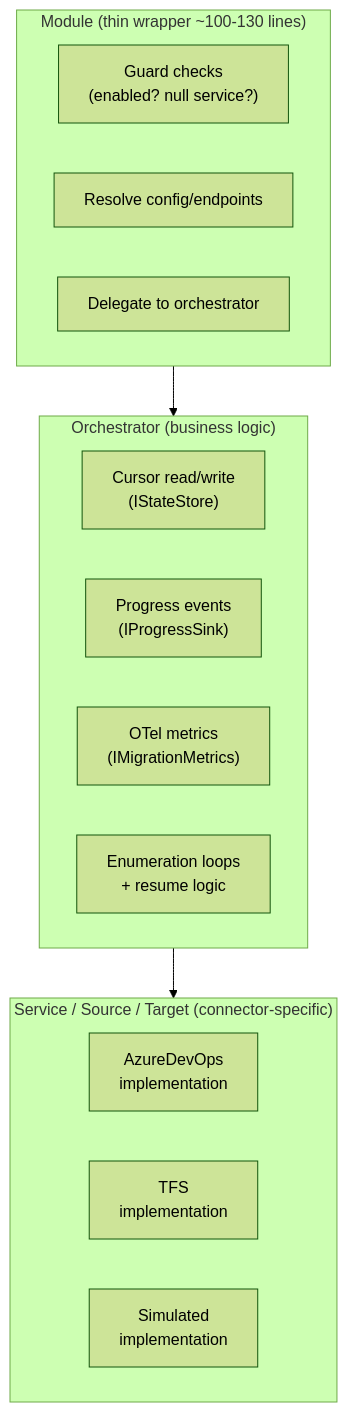
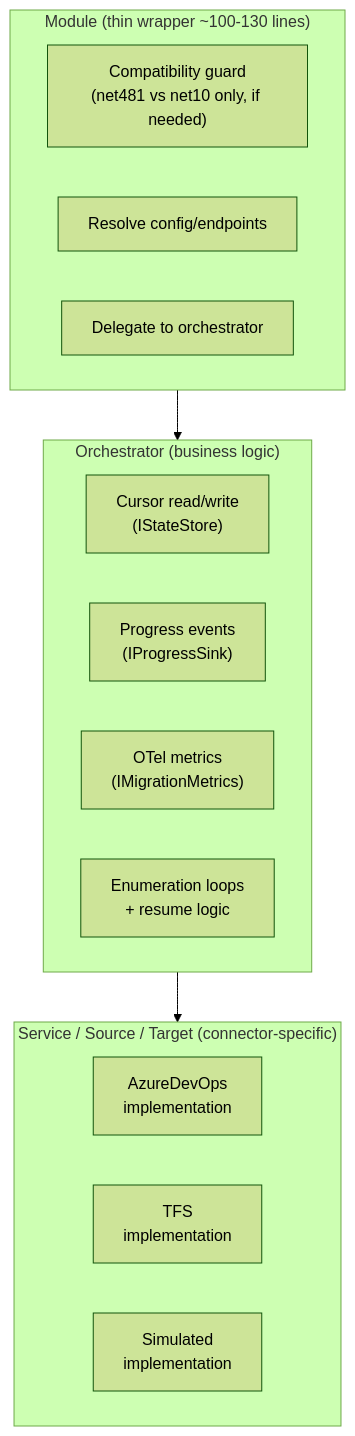
One commit to nkdAgility/azure-devops-migration-platform changed the second of 2 diagrams in docs/module-development-guide.md. Above: the diagram before and after it, drawn with Mermaid (forest theme). The commit also changed other lines of this file and 17 other files, not shown here.

````diff
--- a/docs/module-development-guide.md
+++ b/docs/module-development-guide.md
@@ -88,22 +88,22 @@
 ```mermaid
 flowchart TD
     subgraph Module["Module (thin wrapper ~100-130 lines)"]
-        MGuard["Guard checks\n(enabled? null service?)"]
+    MCompat["Compatibility guard\n(net481 vs net10 only, if needed)"]
         MConfig["Resolve config/endpoints"]
         MDelegate["Delegate to orchestrator"]
     end
     subgraph Orchestrator["Orchestrator (business logic)"]
         OCheckpoint["Cursor read/write\n(IStateStore)"]
         OProgress["Progress events\n(IProgressSink)"]
         OMetrics["OTel metrics\n(IMigrationMetrics)"]
         OLoop["Enumeration loops\n+ resume logic"]
     end
     subgraph Service["Service / Source / Target (connector-specific)"]
         SADO["AzureDevOps\nimplementation"]
         STFS["TFS\nimplementation"]
         SSim["Simulated\nimplementation"]
     end
 
     Module --> Orchestrator
     Orchestrator --> Service
 ```
````
